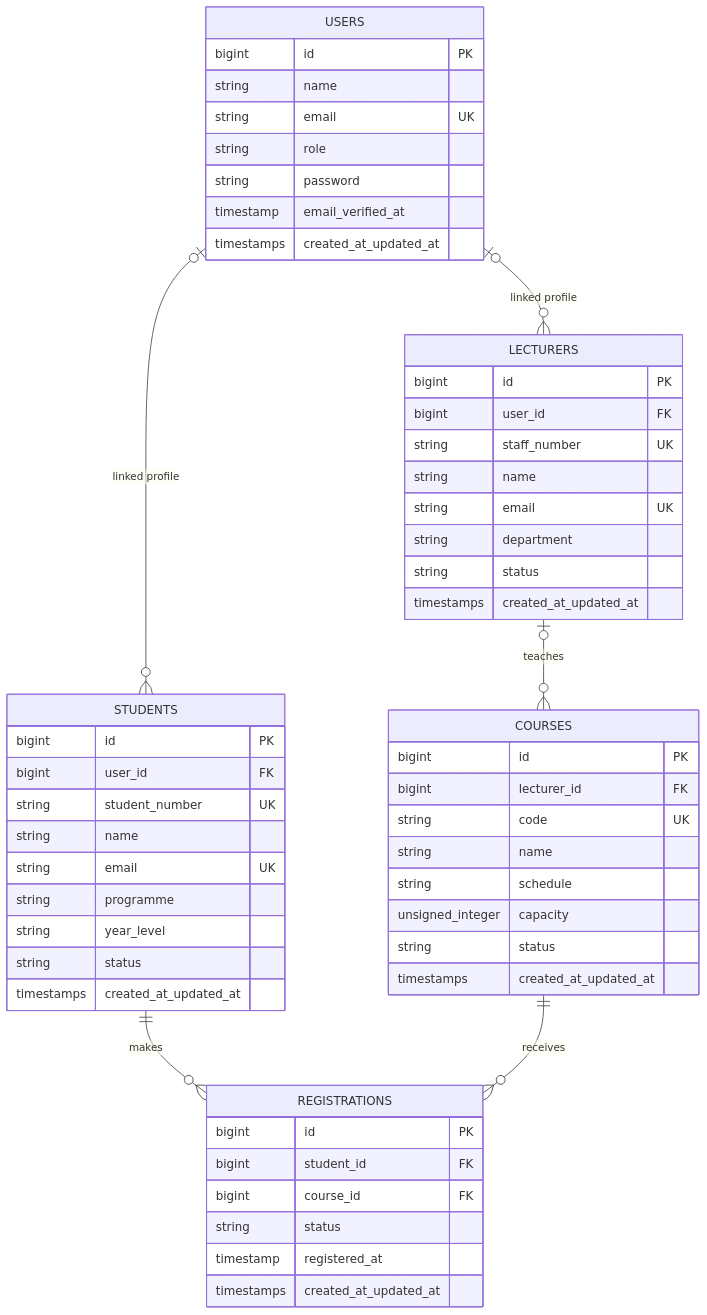
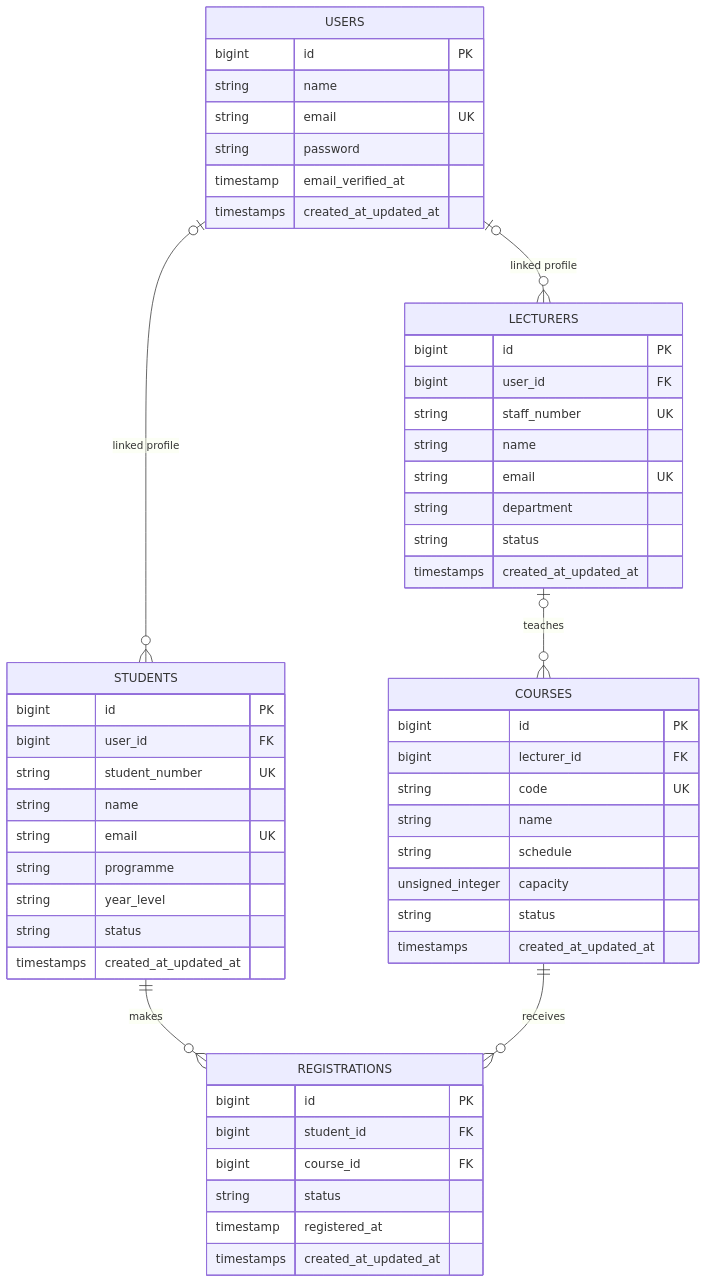
The diagram in docs/database-design.md (falz2/studentManagementSystem), drawn with Mermaid before and after one commit. The commit also changed other lines of this file and 25 other files, not shown here.

````diff
--- a/docs/database-design.md
+++ b/docs/database-design.md
@@ -16,57 +16,56 @@
 ```mermaid
 erDiagram
     USERS o|--o{ STUDENTS : "linked profile"
     USERS o|--o{ LECTURERS : "linked profile"
     LECTURERS o|--o{ COURSES : teaches
     STUDENTS ||--o{ REGISTRATIONS : makes
     COURSES ||--o{ REGISTRATIONS : receives
 
     USERS {
         bigint id PK
         string name
         string email UK
-        string role
         string password
         timestamp email_verified_at
         timestamps created_at_updated_at
     }
     STUDENTS {
         bigint id PK
         bigint user_id FK
         string student_number UK
         string name
         string email UK
         string programme
         string year_level
         string status
         timestamps created_at_updated_at
     }
     LECTURERS {
         bigint id PK
         bigint user_id FK
         string staff_number UK
         string name
         string email UK
         string department
         string status
         timestamps created_at_updated_at
     }
     COURSES {
         bigint id PK
         bigint lecturer_id FK
         string code UK
         string name
         string schedule
         unsigned_integer capacity
         string status
         timestamps created_at_updated_at
     }
     REGISTRATIONS {
         bigint id PK
         bigint student_id FK
         bigint course_id FK
         string status
         timestamp registered_at
         timestamps created_at_updated_at
     }
 ```
````
